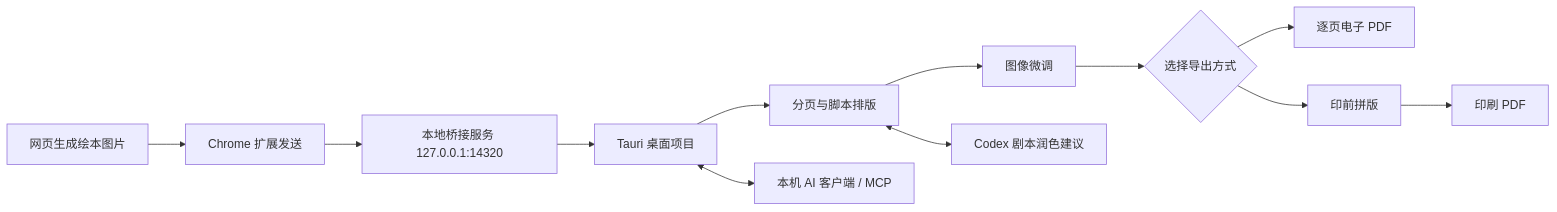
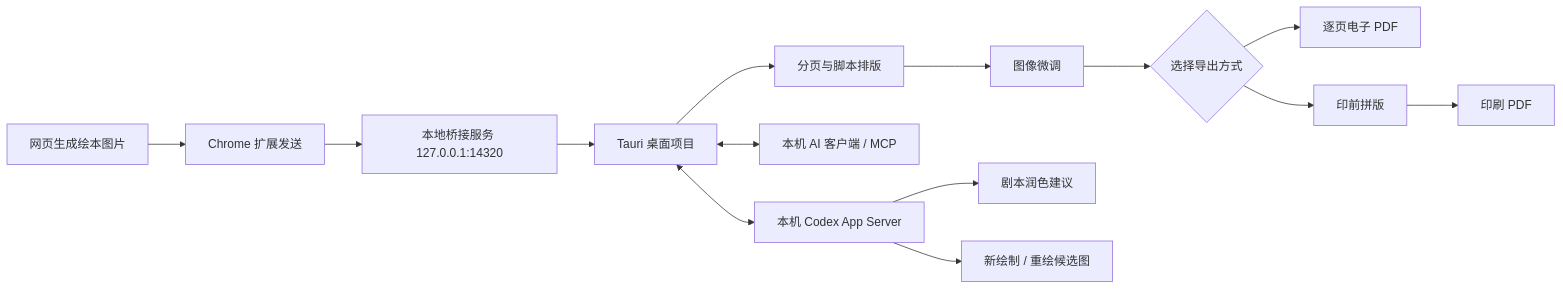
One commit to glenzli/storybook-co-editor changed the diagram in README.md. Above: the diagram before and after it, drawn with Mermaid. The commit also changed other lines of this file and 1 other file, not shown here.

Commit message:
docs: document Codex image workflows

````diff
--- a/README.md
+++ b/README.md
@@ -63,14 +63,16 @@
 ```mermaid
 flowchart LR
   A["网页生成绘本图片"] --> B["Chrome 扩展发送"]
   B --> C["本地桥接服务 127.0.0.1:14320"]
   C --> D["Tauri 桌面项目"]
   D --> E["分页与脚本排版"]
   E --> F["图像微调"]
   D <--> K["本机 AI 客户端 / MCP"]
-  E <--> L["Codex 剧本润色建议"]
+  D <--> L["本机 Codex App Server"]
+  L --> M["剧本润色建议"]
+  L --> N["新绘制 / 重绘候选图"]
   F --> G{"选择导出方式"}
   G --> H["逐页电子 PDF"]
   G --> I["印前拼版"]
   I --> J["印刷 PDF"]
 ```
````
